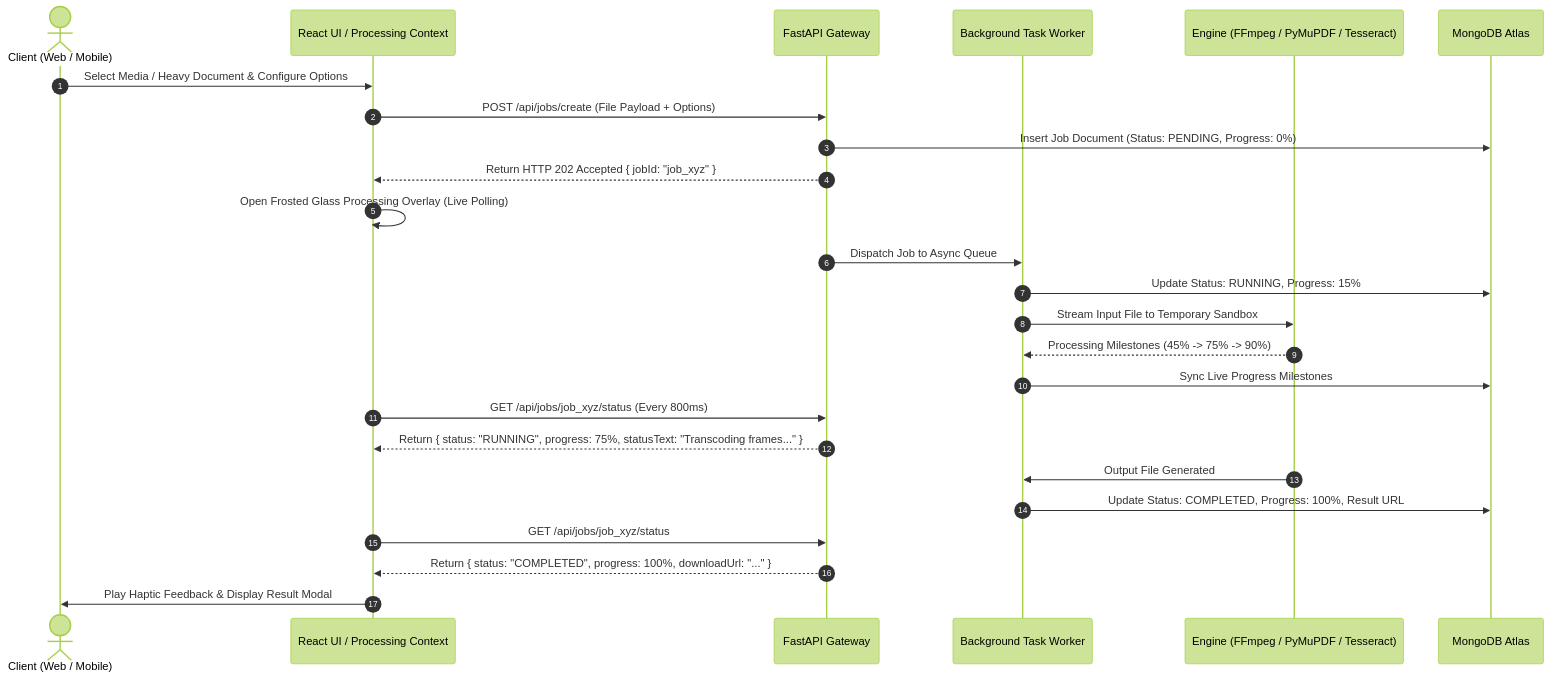
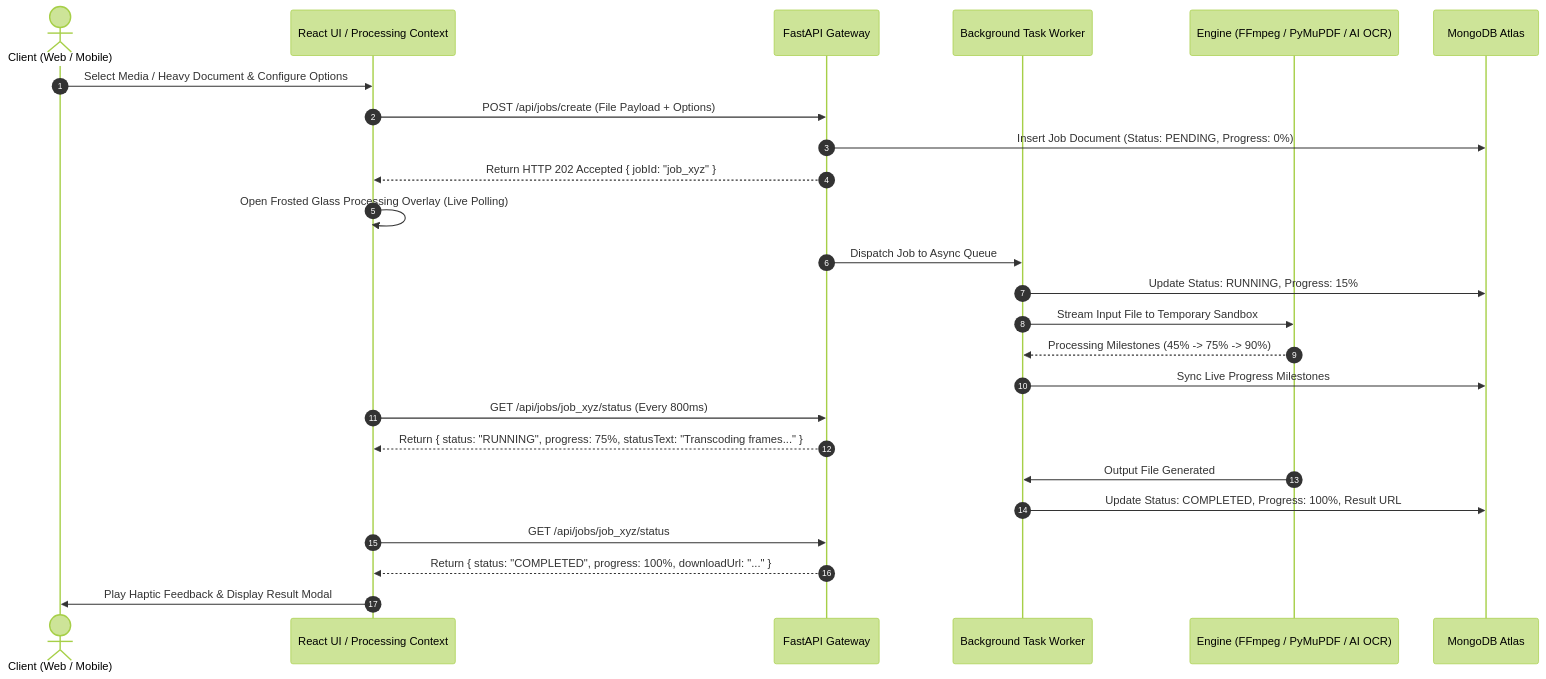
Before and after one commit to TheOrionGD/PaperKit: the third of 5 diagrams in README.md, drawn with Mermaid (forest theme). The commit also changed other lines of this file and 10 other files, not shown here.

````diff
--- a/README.md
+++ b/README.md
@@ -201,30 +199,30 @@
 ```mermaid
 sequenceDiagram
     autonumber
     actor User as Client (Web / Mobile)
     participant UI as React UI / Processing Context
     participant API as FastAPI Gateway
     participant Worker as Background Task Worker
-    participant Engine as Engine (FFmpeg / PyMuPDF / Tesseract)
+    participant Engine as Engine (FFmpeg / PyMuPDF / AI OCR)
     participant DB as MongoDB Atlas
 
     User->>UI: Select Media / Heavy Document & Configure Options
     UI->>API: POST /api/jobs/create (File Payload + Options)
     API->>DB: Insert Job Document (Status: PENDING, Progress: 0%)
     API-->>UI: Return HTTP 202 Accepted { jobId: "job_xyz" }
     UI->>UI: Open Frosted Glass Processing Overlay (Live Polling)
 
     API->>Worker: Dispatch Job to Async Queue
     Worker->>DB: Update Status: RUNNING, Progress: 15%
     Worker->>Engine: Stream Input File to Temporary Sandbox
     Engine-->>Worker: Processing Milestones (45% -> 75% -> 90%)
     Worker->>DB: Sync Live Progress Milestones
     UI->>API: GET /api/jobs/job_xyz/status (Every 800ms)
     API-->>UI: Return { status: "RUNNING", progress: 75%, statusText: "Transcoding frames..." }
     
     Engine->>Worker: Output File Generated
     Worker->>DB: Update Status: COMPLETED, Progress: 100%, Result URL
     UI->>API: GET /api/jobs/job_xyz/status
     API-->>UI: Return { status: "COMPLETED", progress: 100%, downloadUrl: "..." }
     UI->>User: Play Haptic Feedback & Display Result Modal
 ```
````
